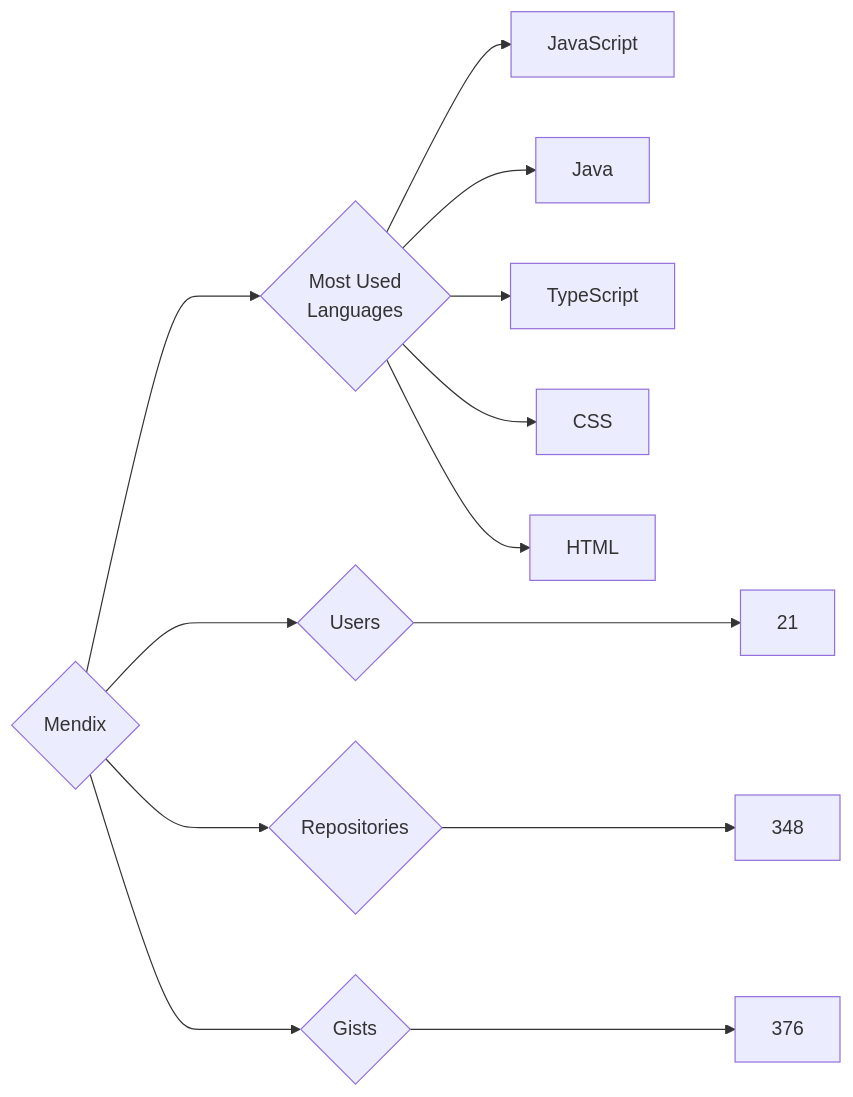
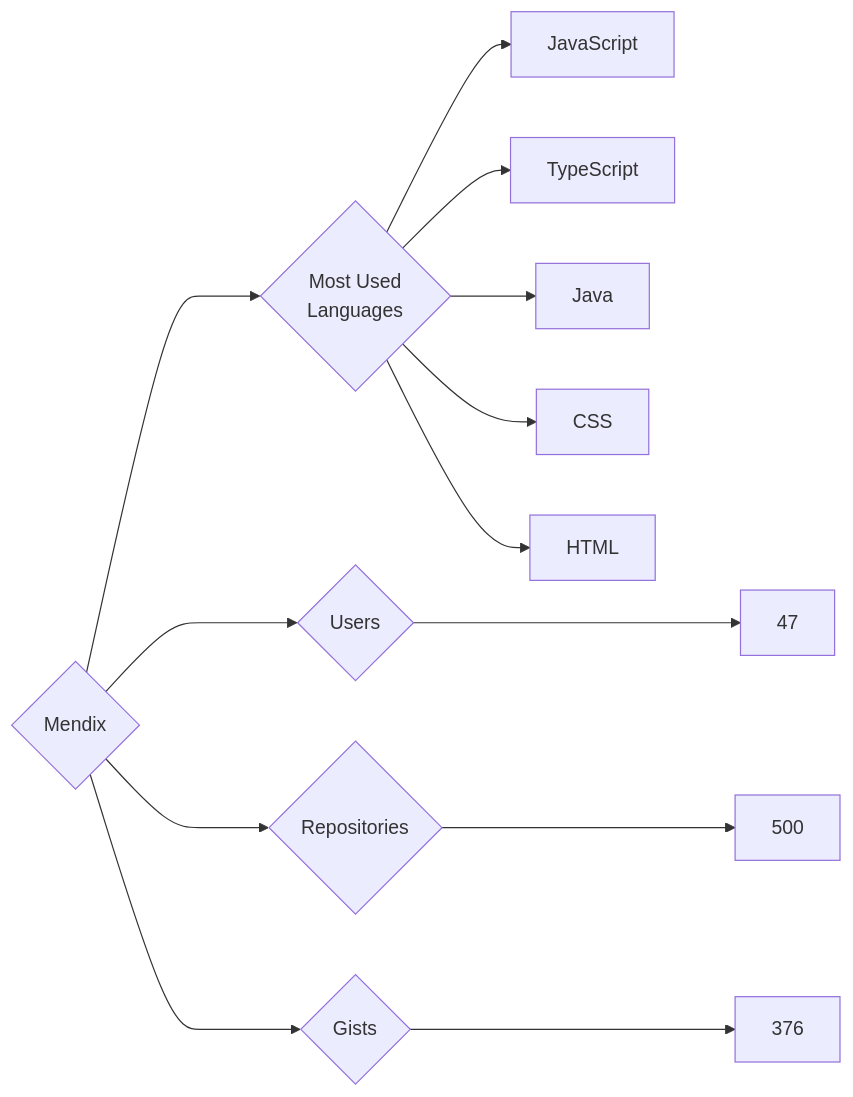
One commit to trickest/insiders changed the diagram in targets/Mendix/README.md. Above: the diagram before and after it, drawn with Mermaid. The commit also changed 715 other files, not shown here.

````diff
--- a/targets/Mendix/README.md
+++ b/targets/Mendix/README.md
@@ -3,13 +3,13 @@
 ```mermaid
 graph LR
 COMPANY_NAME{Mendix}
-COMPANY_NAME ---> U{Users} ---> UN[21]
-COMPANY_NAME ---> R{Repositories} ---> RN[348]
+COMPANY_NAME ---> U{Users} ---> UN[47]
+COMPANY_NAME ---> R{Repositories} ---> RN[500]
 COMPANY_NAME ---> G{Gists} ---> GN[376]
 COMPANY_NAME ---> ML{Most Used<br>Languages}
 ML --> JavaScript[JavaScript]
+ML --> TypeScript[TypeScript]
 ML --> Java[Java]
-ML --> TypeScript[TypeScript]
 ML --> CSS[CSS]
 ML --> HTML[HTML]
 ```
````
